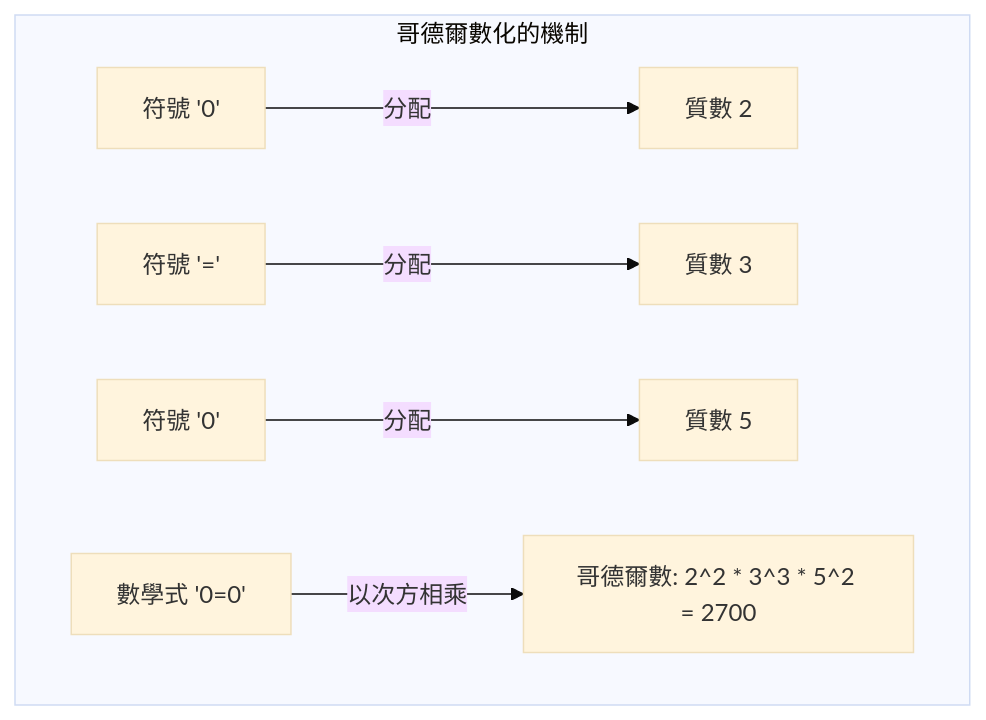
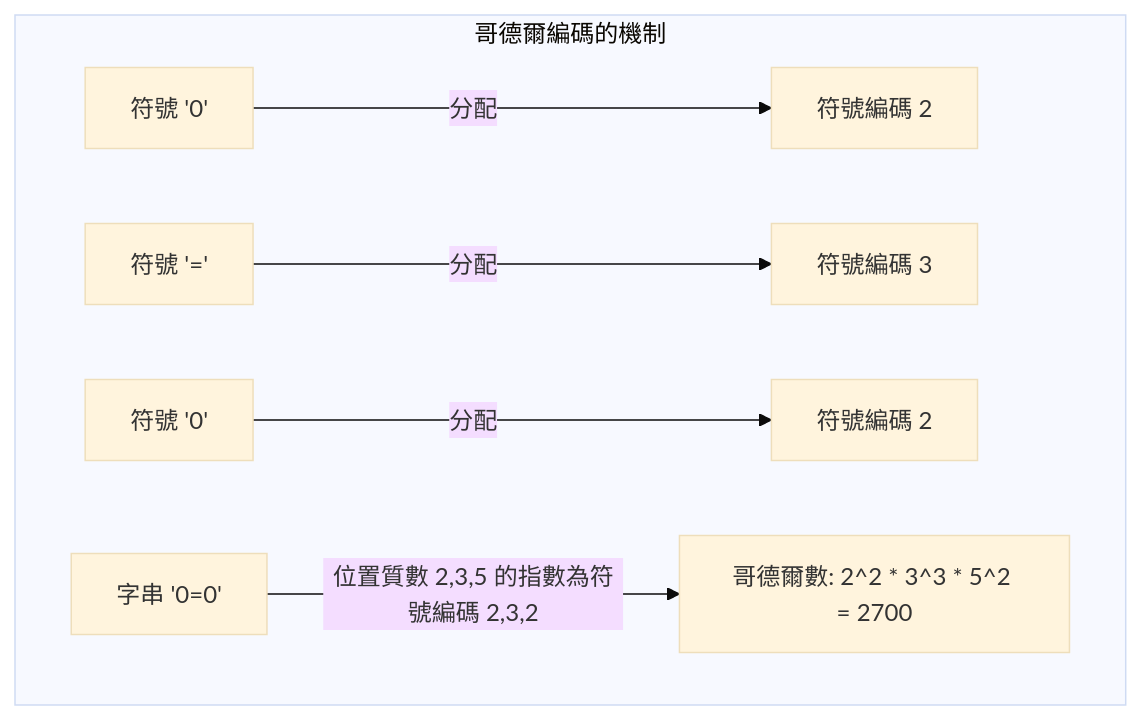
One commit to kenjinote/blog changed the third of 4 diagrams in content/post/godels-incompleteness-theorems/index.zh-tw.md. Above: the diagram before and after it, drawn with Mermaid (base theme). The commit also changed other lines of this file and 19 other files, not shown here.

````diff
--- a/content/post/godels-incompleteness-theorems/index.zh-tw.md
+++ b/content/post/godels-incompleteness-theorems/index.zh-tw.md
@@ -97,9 +93,9 @@
 ```mermaid
 graph TD
-    subgraph "哥德爾數化的機制"
-        S1["符號 '0'"] -->|"分配"| N1["質數 2"]
-        S2["符號 '='"] -->|"分配"| N2["質數 3"]
-        S3["符號 '0'"] -->|"分配"| N3["質數 5"]
-        F["數學式 '0=0'"] -->|"以次方相乘"| GN["哥德爾數: 2^2 * 3^3 * 5^2 = 2700"]
+    subgraph "哥德爾編碼的機制"
+        S1["符號 '0'"] -->|"分配"| N1["符號編碼 2"]
+        S2["符號 '='"] -->|"分配"| N2["符號編碼 3"]
+        S3["符號 '0'"] -->|"分配"| N3["符號編碼 2"]
+        F["字串 '0=0'"] -->|"位置質數 2,3,5 的指數為符號編碼 2,3,2"| GN["哥德爾數: 2^2 * 3^3 * 5^2 = 2700"]
     end
 ```
````
